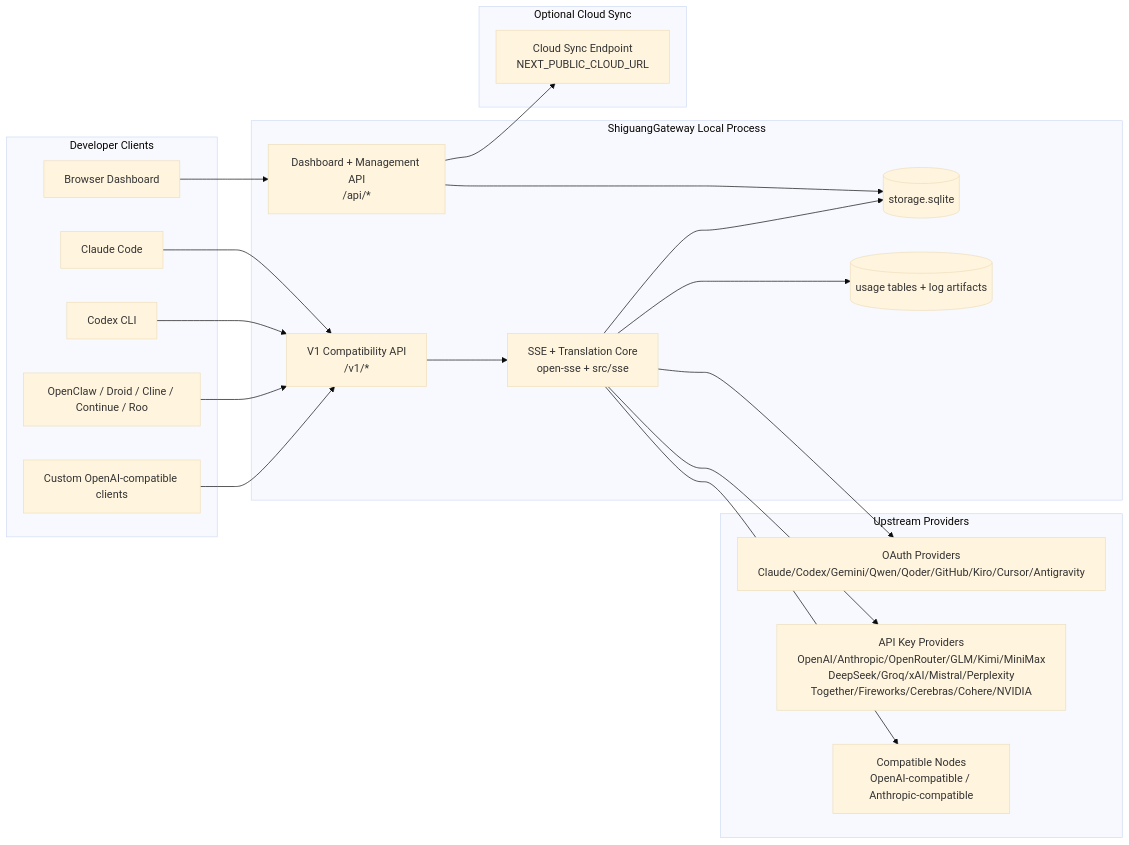
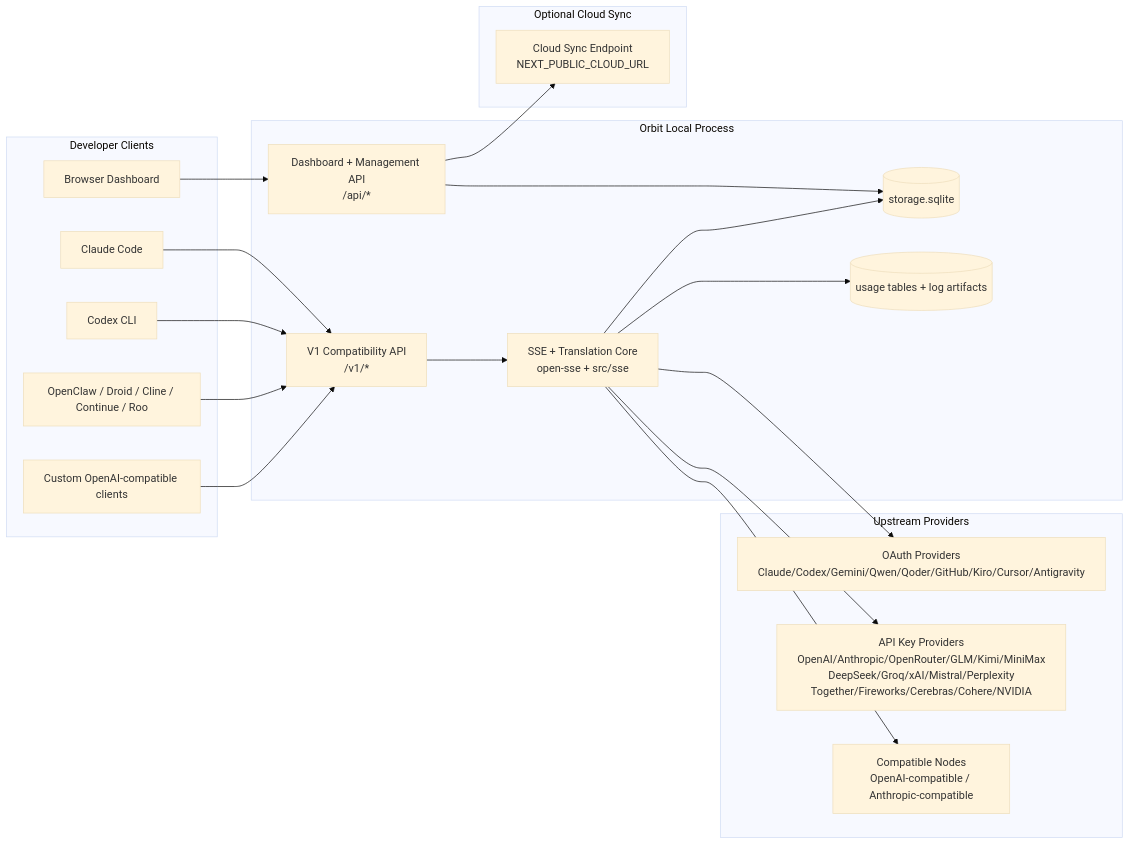
Before and after one commit to shiguang-lab/orbit: the first of 7 diagrams in packages/core/docs/i18n/ar/docs/architecture/ARCHITECTURE.md, drawn with Mermaid (base theme). The commit also changed other lines of this file and 2405 other files, not shown here.

Commit message:
refactor: retire Shiguang Gateway identifiers

````diff
--- a/packages/core/docs/i18n/ar/docs/architecture/ARCHITECTURE.md
+++ b/packages/core/docs/i18n/ar/docs/architecture/ARCHITECTURE.md
@@ -121,45 +121,45 @@
 ```mermaid
 flowchart LR
     subgraph Clients[Developer Clients]
         C1[Claude Code]
         C2[Codex CLI]
         C3[OpenClaw / Droid / Cline / Continue / Roo]
         C4[Custom OpenAI-compatible clients]
         BROWSER[Browser Dashboard]
     end
 
-    subgraph Router[ShiguangGateway Local Process]
+    subgraph Router[Orbit Local Process]
         API[V1 Compatibility API\n/v1/*]
         DASH[Dashboard + Management API\n/api/*]
         CORE[SSE + Translation Core\nopen-sse + src/sse]
         DB[(storage.sqlite)]
         UDB[(usage tables + log artifacts)]
     end
 
     subgraph Upstreams[Upstream Providers]
         P1[OAuth Providers\nClaude/Codex/Gemini/Qwen/Qoder/GitHub/Kiro/Cursor/Antigravity]
         P2[API Key Providers\nOpenAI/Anthropic/OpenRouter/GLM/Kimi/MiniMax\nDeepSeek/Groq/xAI/Mistral/Perplexity\nTogether/Fireworks/Cerebras/Cohere/NVIDIA]
         P3[Compatible Nodes\nOpenAI-compatible / Anthropic-compatible]
     end
 
     subgraph Cloud[Optional Cloud Sync]
         CLOUD[Cloud Sync Endpoint\nNEXT_PUBLIC_CLOUD_URL]
     end
 
     C1 --> API
     C2 --> API
     C3 --> API
     C4 --> API
     BROWSER --> DASH
 
     API --> CORE
     DASH --> DB
     CORE --> DB
     CORE --> UDB
 
     CORE --> P1
     CORE --> P2
     CORE --> P3
 
     DASH --> CLOUD
 ```
````
